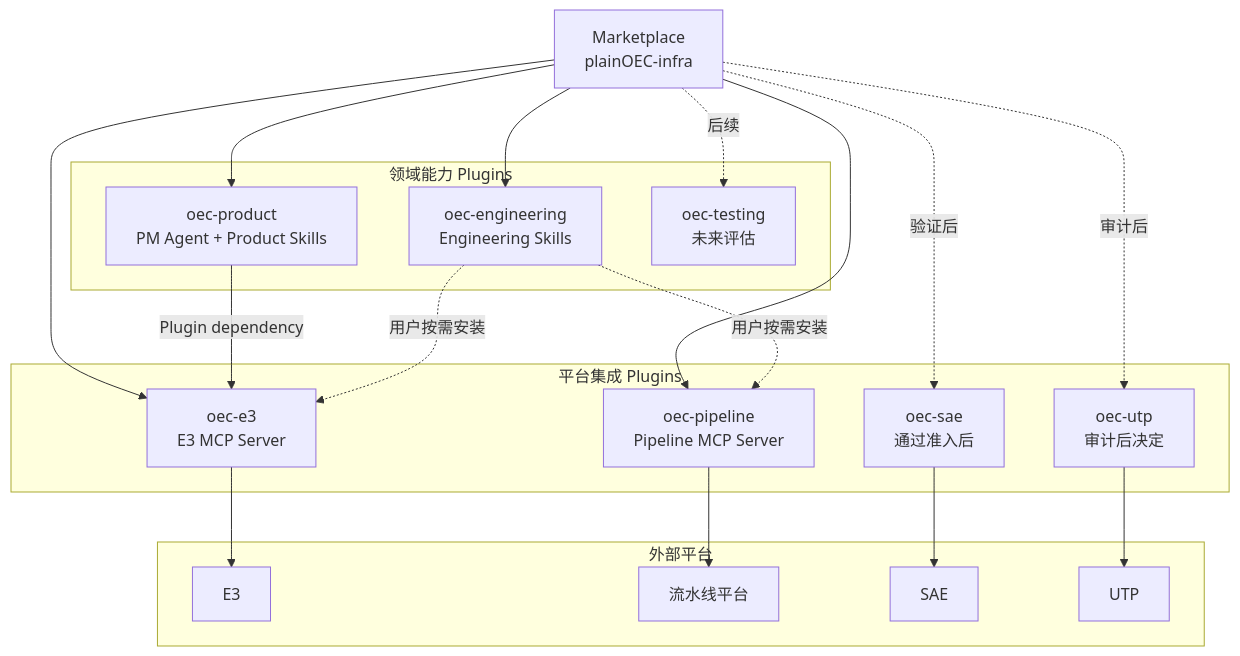
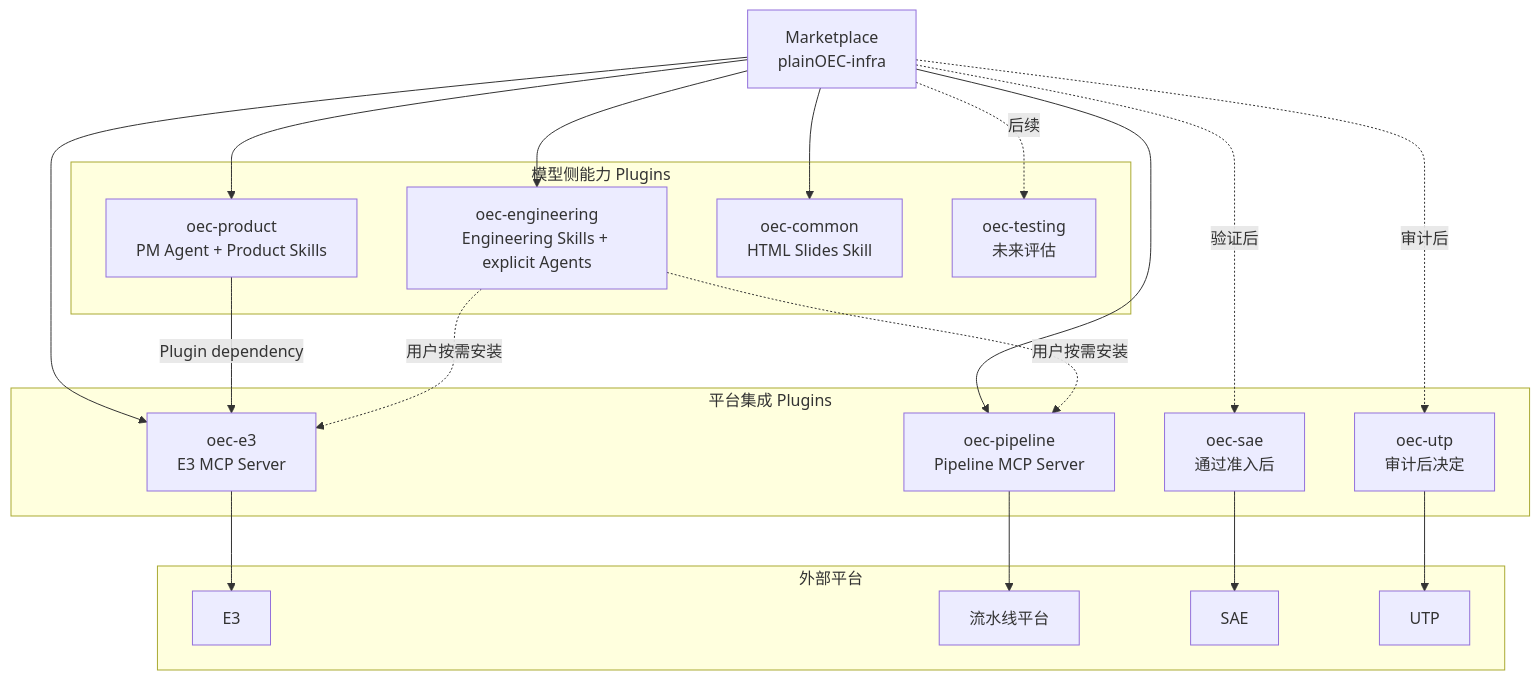
One commit to quanxinwang18-a11y/plainOEC-infra changed the first of 2 diagrams in docs/architecture/platform-plugin-hierarchy.md. Above: the diagram before and after it, drawn with Mermaid. The commit also changed other lines of this file and 16 other files, not shown here.

Commit message:
docs: align marketplace usage and current architecture

````diff
--- a/docs/architecture/platform-plugin-hierarchy.md
+++ b/docs/architecture/platform-plugin-hierarchy.md
@@ -27,41 +27,43 @@
 ```mermaid
 flowchart TB
     M["Marketplace<br/>plainOEC-infra"]
 
-    subgraph D["领域能力 Plugins"]
+    subgraph D["模型侧能力 Plugins"]
         P["oec-product<br/>PM Agent + Product Skills"]
-        E["oec-engineering<br/>Engineering Skills"]
+        E["oec-engineering<br/>Engineering Skills + explicit Agents"]
+        C["oec-common<br/>HTML Slides Skill"]
         T["oec-testing<br/>未来评估"]
     end
 
     subgraph I["平台集成 Plugins"]
         E3["oec-e3<br/>E3 MCP Server"]
         PL["oec-pipeline<br/>Pipeline MCP Server"]
         SAE["oec-sae<br/>通过准入后"]
         UTP["oec-utp<br/>审计后决定"]
     end
 
     subgraph R["外部平台"]
         E3R["E3"]
         PLR["流水线平台"]
         SAER["SAE"]
         UTPR["UTP"]
     end
 
     M --> P
     M --> E
+    M --> C
     M -.后续.-> T
     M --> E3
     M --> PL
     M -.验证后.-> SAE
     M -.审计后.-> UTP
 
     P -->|"Plugin dependency"| E3
     E3 --> E3R
     PL --> PLR
     SAE --> SAER
     UTP --> UTPR
 
     E -.用户按需安装.-> E3
     E -.用户按需安装.-> PL
 ```
````
